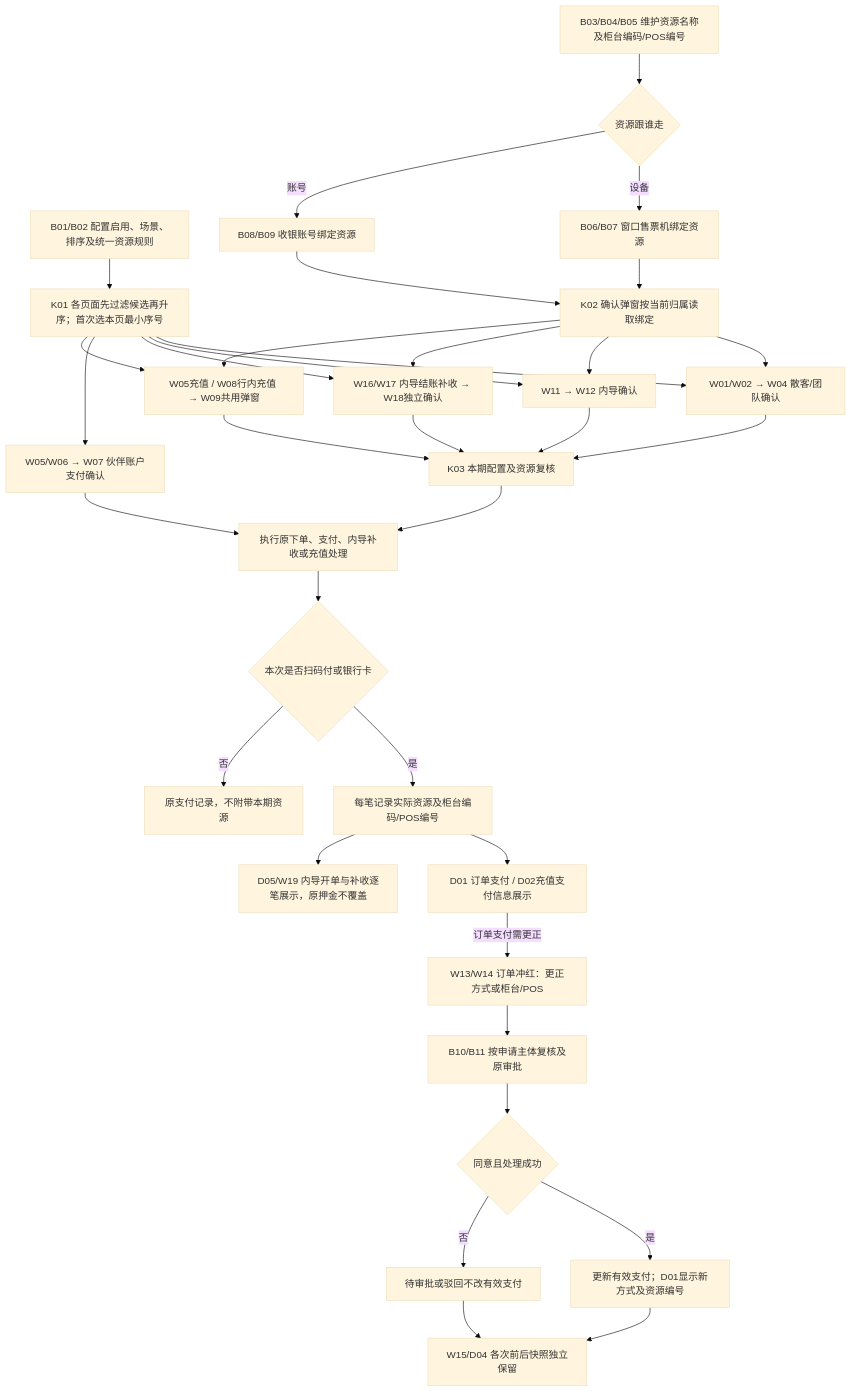
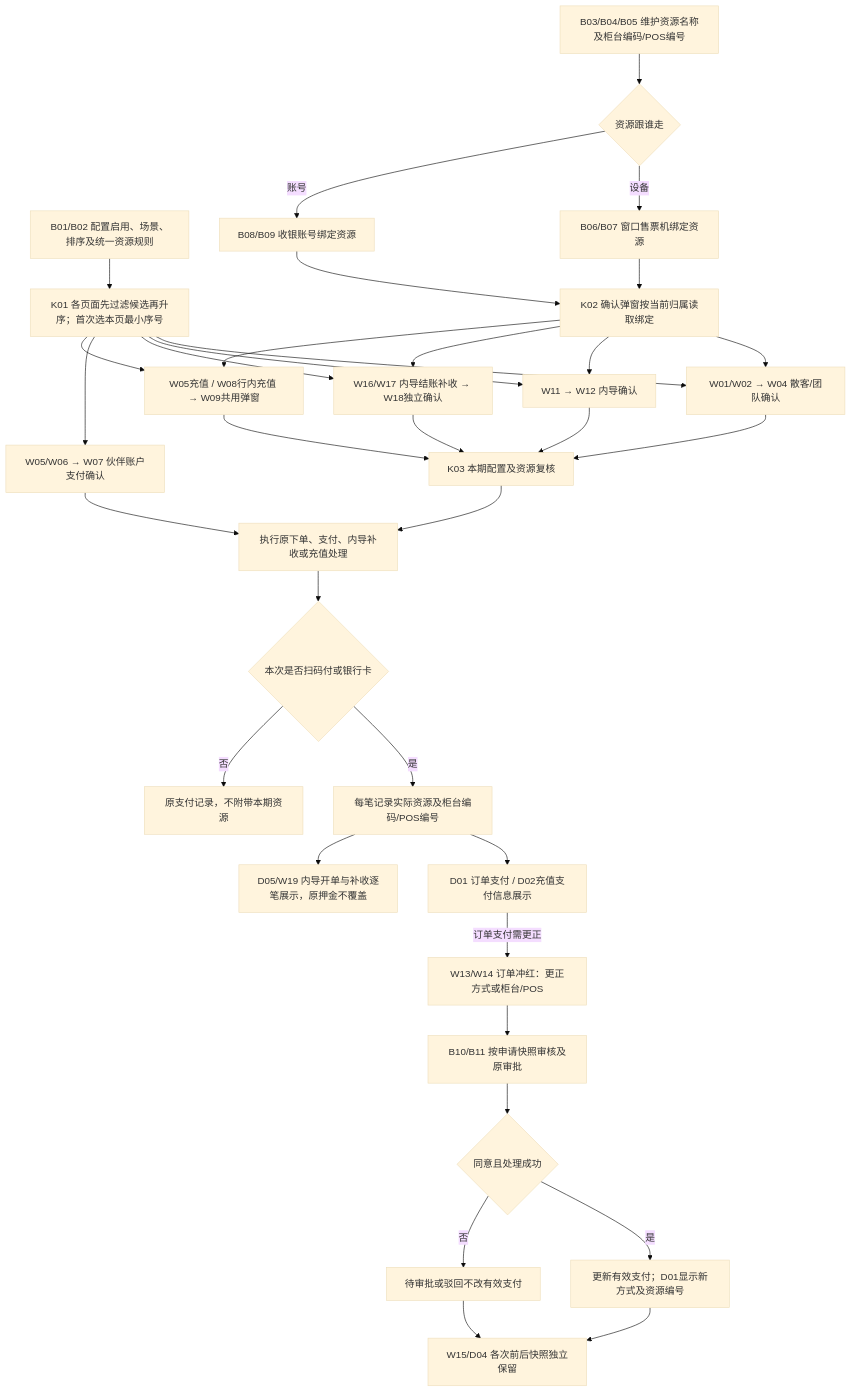
Before and after one commit to susantung/yanuoda: the first of 12 diagrams in dev-test-versions/2026-v3.6-payment-configuration-20261019/02-全程流程图.md, drawn with Mermaid (base theme). The commit also changed other lines of this file and 15 other files, not shown here.

Commit message:
V3.6：更新开发确认规则、逐页方案与流程图

````diff
--- a/dev-test-versions/2026-v3.6-payment-configuration-20261019/02-全程流程图.md
+++ b/dev-test-versions/2026-v3.6-payment-configuration-20261019/02-全程流程图.md
@@ -13,36 +13,36 @@
 ```mermaid
 flowchart TB
   B01[B01/B02 配置启用、场景、排序及统一资源规则] --> FILTER[K01 各页面先过滤候选再升序；首次选本页最小序号]
   B03[B03/B04/B05 维护资源名称及柜台编码/POS编号] --> OWNER{资源跟谁走}
   OWNER -->|设备| B07[B06/B07 窗口售票机绑定资源]
   OWNER -->|账号| B09[B08/B09 收银账号绑定资源]
   B07 --> K02[K02 确认弹窗按当前归属读取绑定]
   B09 --> K02
   FILTER --> W04[W01/W02 → W04 散客/团队确认]
   FILTER --> W12[W11 → W12 内导确认]
   FILTER --> W18[W16/W17 内导结账补收 → W18独立确认]
   FILTER --> W07[W05/W06 → W07 伙伴账户支付确认]
   FILTER --> W09[W05充值 / W08行内充值 → W09共用弹窗]
   K02 --> W04
   K02 --> W12
   K02 --> W18
   K02 --> W09
   W04 --> CHECK[K03 本期配置及资源复核]
   W12 --> CHECK
   W18 --> CHECK
   W09 --> CHECK
   CHECK --> ORIG[执行原下单、支付、内导补收或充值处理]
   W07 --> ORIG
   ORIG --> RECORD{本次是否扫码付或银行卡}
   RECORD -->|是| SNAP[每笔记录实际资源及柜台编码/POS编号]
   RECORD -->|否| UNCHANGED[原支付记录，不附带本期资源]
   SNAP --> D01[D01 订单支付 / D02充值支付信息展示]
   SNAP --> D05[D05/W19 内导开单与补收逐笔展示，原押金不覆盖]
   D01 -->|订单支付需更正| REV[W13/W14 订单冲红：更正方式或柜台/POS]
-  REV --> REVIEW[B10/B11 按申请主体复核及原审批]
+  REV --> REVIEW[B10/B11 按申请快照审核及原审批]
   REVIEW --> EFFECT{同意且处理成功}
   EFFECT -->|是| UPDATE[更新有效支付；D01显示新方式及资源编号]
   EFFECT -->|否| KEEP[待审批或驳回不改有效支付]
   UPDATE --> HISTORY[W15/D04 各次前后快照独立保留]
   KEEP --> HISTORY
 ```
````
